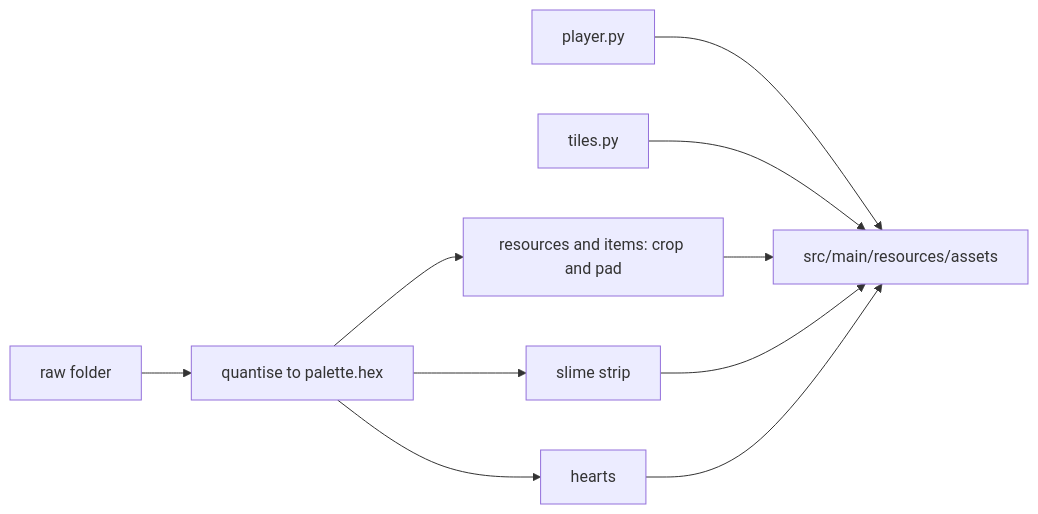
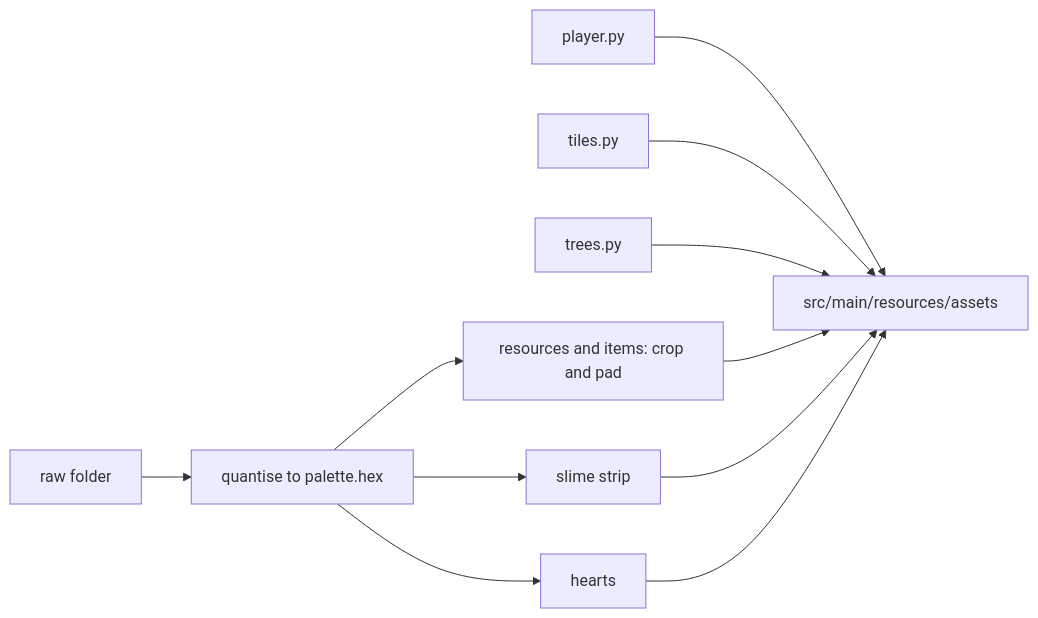
The first of 2 diagrams in tools/pixelart/README.md (kfeuerschvenger/perlinsedge), drawn with Mermaid before and after one commit. The commit also changed other lines of this file and 30 other files, not shown here.

````diff
--- a/tools/pixelart/README.md
+++ b/tools/pixelart/README.md
@@ -13,12 +13,13 @@
 ```mermaid
 flowchart LR
   R[raw folder] --> Q[quantise to palette.hex]
   Q --> S[resources and items: crop and pad]
   Q --> E[slime strip]
   P[player.py] --> O
   Q --> G[hearts]
   L[tiles.py] --> O[src/main/resources/assets]
+  T[trees.py] --> O
   S --> O
   E --> O
   G --> O
 ```
````
